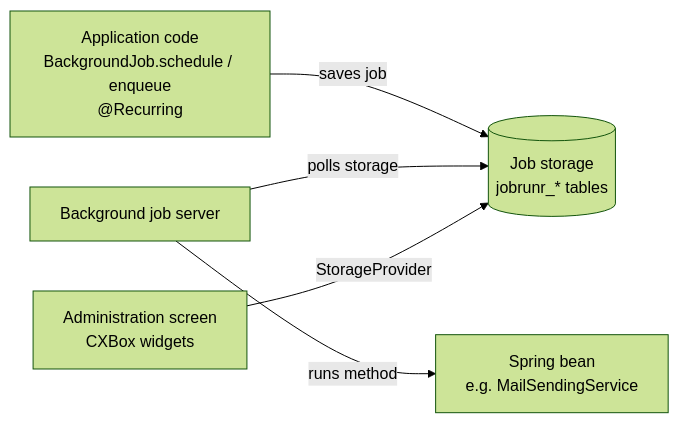
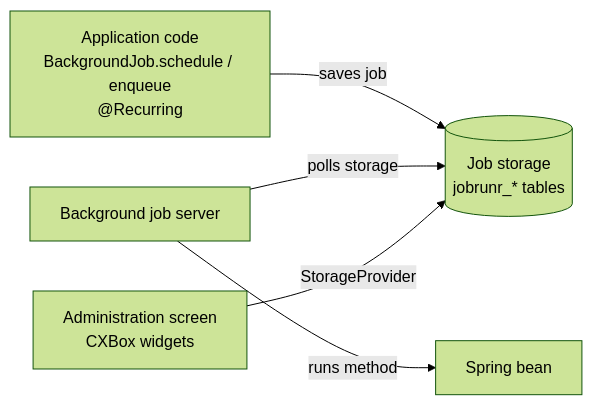
One commit to CX-Box/cxbox-doc changed the first of 2 diagrams in docs/features/element/scheduler/scheduler.md. Above: the diagram before and after it, drawn with Mermaid (forest theme). The commit also changed other lines of this file, not shown here.

````diff
--- a/docs/features/element/scheduler/scheduler.md
+++ b/docs/features/element/scheduler/scheduler.md
@@ -13,7 +14,7 @@
 ```mermaid
 flowchart LR
     A[Application code<br/>BackgroundJob.schedule / enqueue<br/>@Recurring] -->|saves job| B[(Job storage<br/>jobrunr_* tables)]
     C[Background job server] -->|polls storage| B
-    C -->|runs method| D[Spring bean<br/>e.g. MailSendingService]
+    C -->|runs method| D[Spring bean]
     E[Administration screen<br/>CXBox widgets] -->|StorageProvider| B
 ```
````
